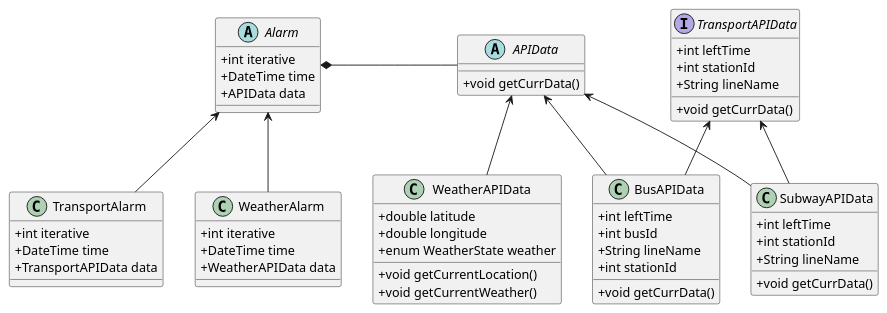
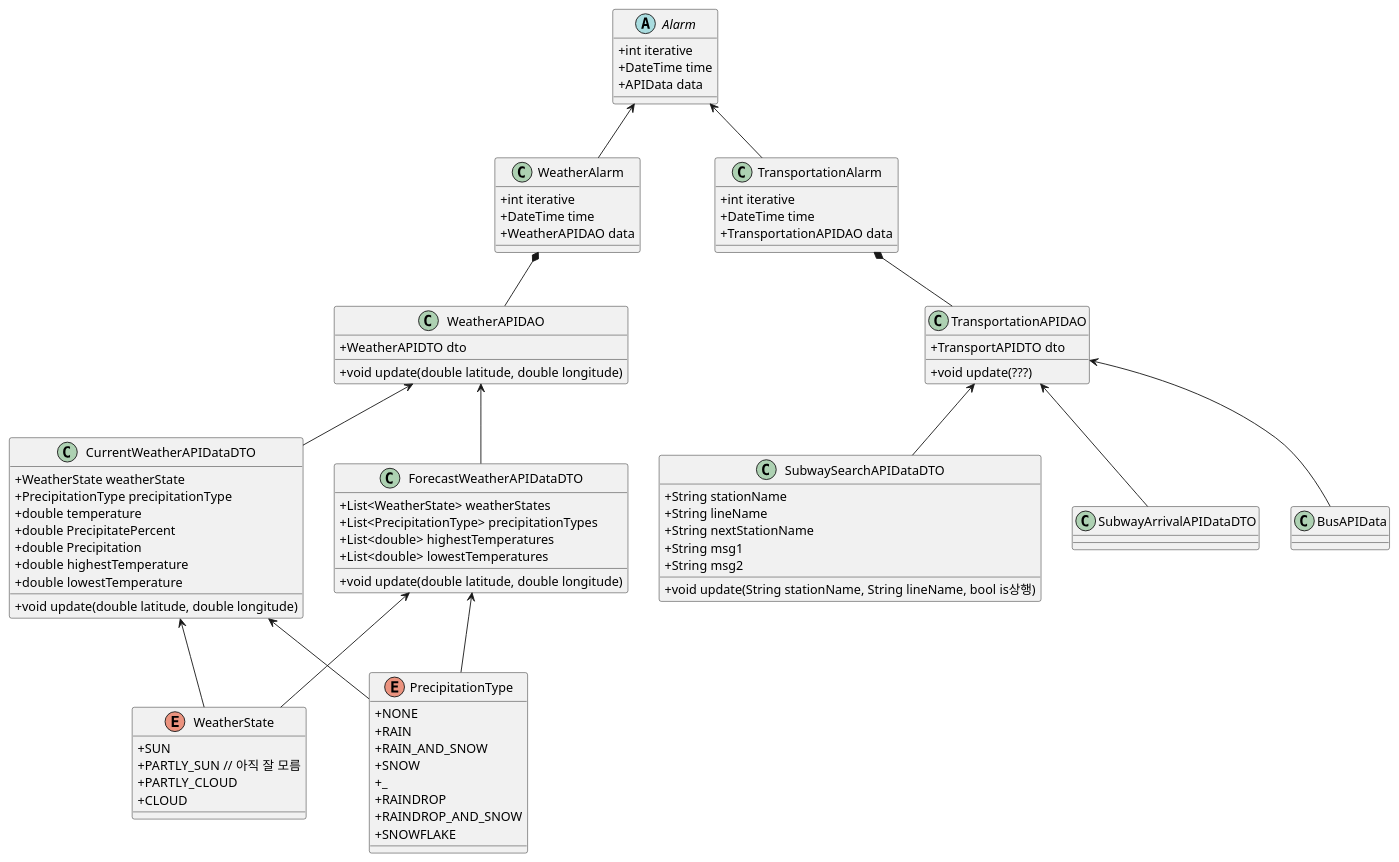
One commit to Team-Kelly/Requirements changed the diagram in uml/appClassDiagram.puml. Above: the diagram before and after it, drawn with PlantUML. The commit also changed 1 other file, not shown here.

```diff
--- a/uml/appClassDiagram.puml
+++ b/uml/appClassDiagram.puml
@@ -1,69 +1,119 @@
 @startuml AppClassDiagram
 
 skinparam classAttributeIconSize 0
 
 abstract class Alarm {
     +int iterative
     +DateTime time
     +APIData data
 }
 
 class WeatherAlarm {
     +int iterative
     +DateTime time
-    +WeatherAPIData data
+    +WeatherAPIDAO data
 }
 
-class TransportAlarm {
+class TransportationAlarm {
     +int iterative
     +DateTime time
-    +TransportAPIData data
+    +TransportationAPIDAO data
 }
 
-abstract class APIData {
-    +void getCurrData()
+
+class WeatherAPIDAO {
+    +WeatherAPIDTO dto
+    +void update(double latitude, double longitude)
 }
 
-class WeatherAPIData {
-    +double latitude
-    +double longitude
-    +enum WeatherState weather
-    +void getCurrentLocation()
-    +void getCurrentWeather()
+class CurrentWeatherAPIDataDTO {
+    +WeatherState weatherState
+    +PrecipitationType precipitationType
+    +double temperature
+    +double PrecipitatePercent
+    +double Precipitation
+    +double highestTemperature
+    +double lowestTemperature
+    +void update(double latitude, double longitude)
 }
 
-interface TransportAPIData {
-    +int leftTime
-    +int stationId
-    +String lineName
-    +void getCurrData()
+class ForecastWeatherAPIDataDTO {
+    +List<WeatherState> weatherStates
+    +List<PrecipitationType> precipitationTypes
+    +List<double> highestTemperatures
+    +List<double> lowestTemperatures
+    +void update(double latitude, double longitude)
 }
 
-class SubwayAPIData {
-    +int leftTime
-    +int stationId
+enum WeatherState {
+    +SUN
+    +PARTLY_SUN // 아직 잘 모름
+    +PARTLY_CLOUD
+    +CLOUD
+}
+
+enum PrecipitationType {
+    +NONE
+    +RAIN
+    +RAIN_AND_SNOW
+    +SNOW
+    +_
+    +RAINDROP
+    +RAINDROP_AND_SNOW
+    +SNOWFLAKE
+}
+
+
+
+
+
+class TransportationAPIDAO {
+    +TransportAPIDTO dto
+    +void update(???)
+}
+
+class SubwaySearchAPIDataDTO {
+    +String stationName
     +String lineName
-    +void getCurrData()
+    +String nextStationName
+    +String msg1
+    +String msg2
+    +void update(String stationName, String lineName, bool is상행)
+}
+
+class SubwayArrivalAPIDataDTO {
+
 }
 
 class BusAPIData {
-    +int leftTime
-    +int busId
-    +String lineName
-    +int stationId
-    +void getCurrData()
+    ' +int leftTime
+    ' +int busId
+    ' +String lineName
+    ' +int stationId
+    ' +void getCurrData()
 }
 
-Alarm *-right- APIData
+TransportationAPIDAO <-- SubwaySearchAPIDataDTO
+TransportationAPIDAO <-- SubwayArrivalAPIDataDTO
+TransportationAPIDAO <-- BusAPIData
+
+
+TransportationAlarm *-- TransportationAPIDAO
+
+
+WeatherAlarm *-- WeatherAPIDAO
 Alarm <-- WeatherAlarm
-Alarm <-- TransportAlarm
+Alarm <-- TransportationAlarm
 
-APIData <-- WeatherAPIData
-APIData <-- SubwayAPIData
-APIData <-- BusAPIData
+WeatherAPIDAO <-- CurrentWeatherAPIDataDTO
+WeatherAPIDAO <-- ForecastWeatherAPIDataDTO
 
-TransportAPIData <-- SubwayAPIData
-TransportAPIData <-- BusAPIData
+CurrentWeatherAPIDataDTO <-- WeatherState
+CurrentWeatherAPIDataDTO <-- PrecipitationType
+ForecastWeatherAPIDataDTO <-- WeatherState
+ForecastWeatherAPIDataDTO <-- PrecipitationType
+
+
 
 
 @enduml
```
